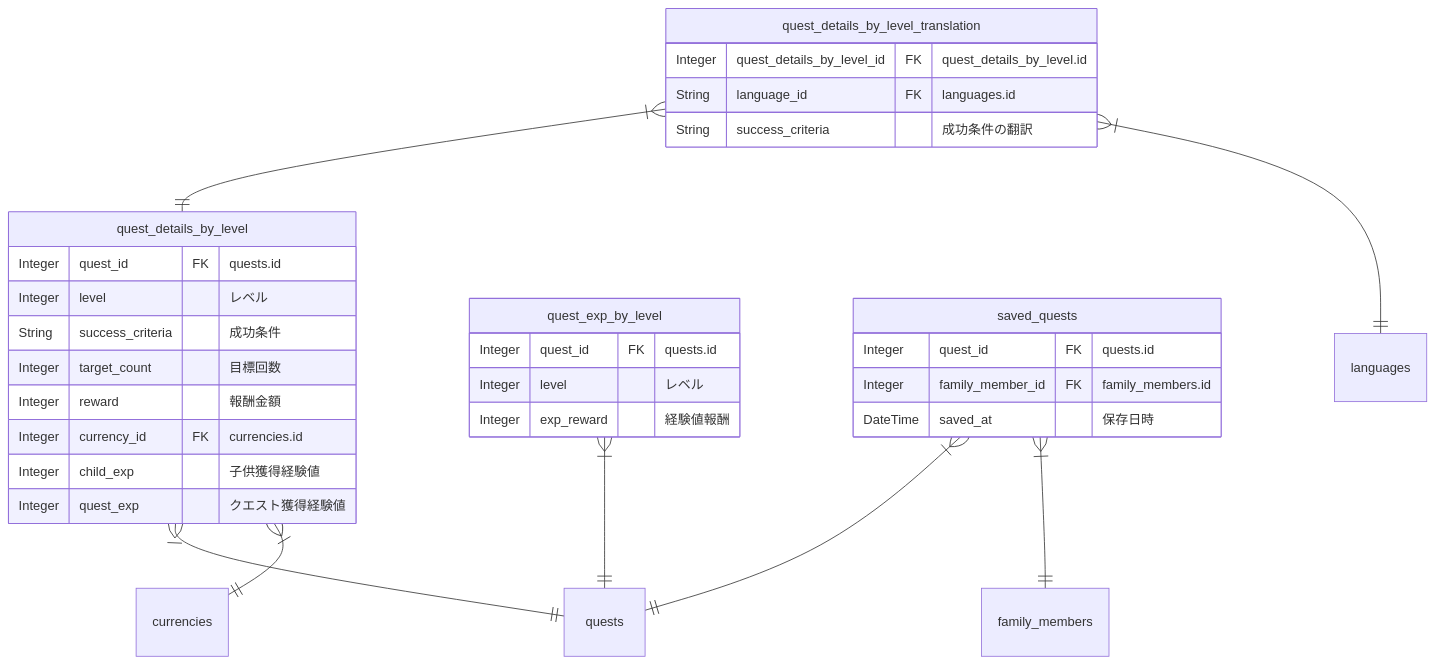
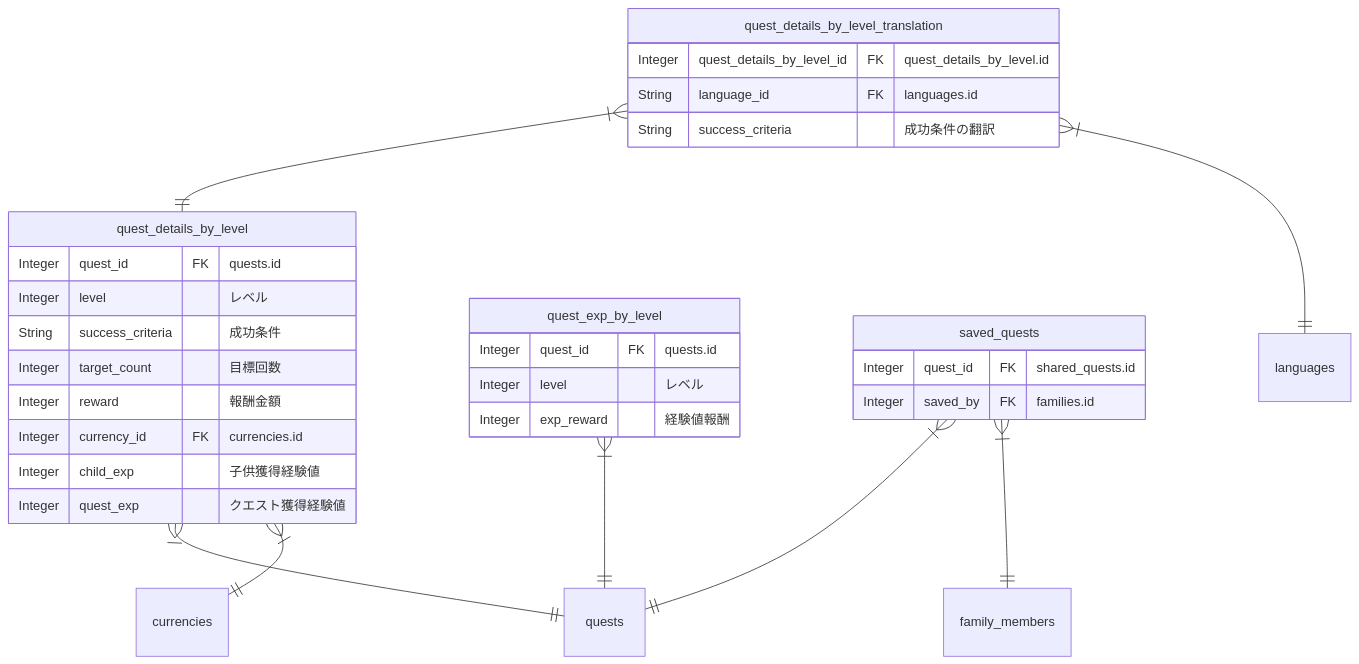
Diagram 14 of 17 in apps/api/docs/ja/uml/erd.md (shuhei1101/allowance-questboard), drawn with Mermaid before and after one commit. The commit also changed other lines of this file and 17 other files, not shown here.

````diff
--- a/apps/api/docs/ja/uml/erd.md
+++ b/apps/api/docs/ja/uml/erd.md
@@ -543,41 +538,40 @@
 ```mermaid
 %% quest/mechanics
 erDiagram
     quest_details_by_level {
         Integer quest_id FK "quests.id"
         Integer level "レベル"
         String success_criteria "成功条件"
         Integer target_count "目標回数"
         Integer reward "報酬金額"
         Integer currency_id FK "currencies.id"
         Integer child_exp "子供獲得経験値"
         Integer quest_exp "クエスト獲得経験値"
     }
 
     quest_details_by_level_translation {
         Integer quest_details_by_level_id FK "quest_details_by_level.id"
         String language_id FK "languages.id"
         String success_criteria "成功条件の翻訳"
     }
 
     quest_exp_by_level {
         Integer quest_id FK "quests.id"
         Integer level "レベル"
         Integer exp_reward "経験値報酬"
     }
 
     saved_quests {
-        Integer quest_id FK "quests.id"
-        Integer family_member_id FK "family_members.id"
-        DateTime saved_at "保存日時"
+        Integer quest_id FK "shared_quests.id"
+        Integer saved_by FK "families.id"
     }
 
     %% Relationships
     quest_details_by_level }|--|| quests: ""
     quest_details_by_level }|--|| currencies: ""
     quest_details_by_level_translation }|--|| quest_details_by_level: ""
     quest_details_by_level_translation }|--|| languages: ""
     quest_exp_by_level }|--|| quests: ""
     saved_quests }|--|| quests: ""
     saved_quests }|--|| family_members: ""
 ```
````
